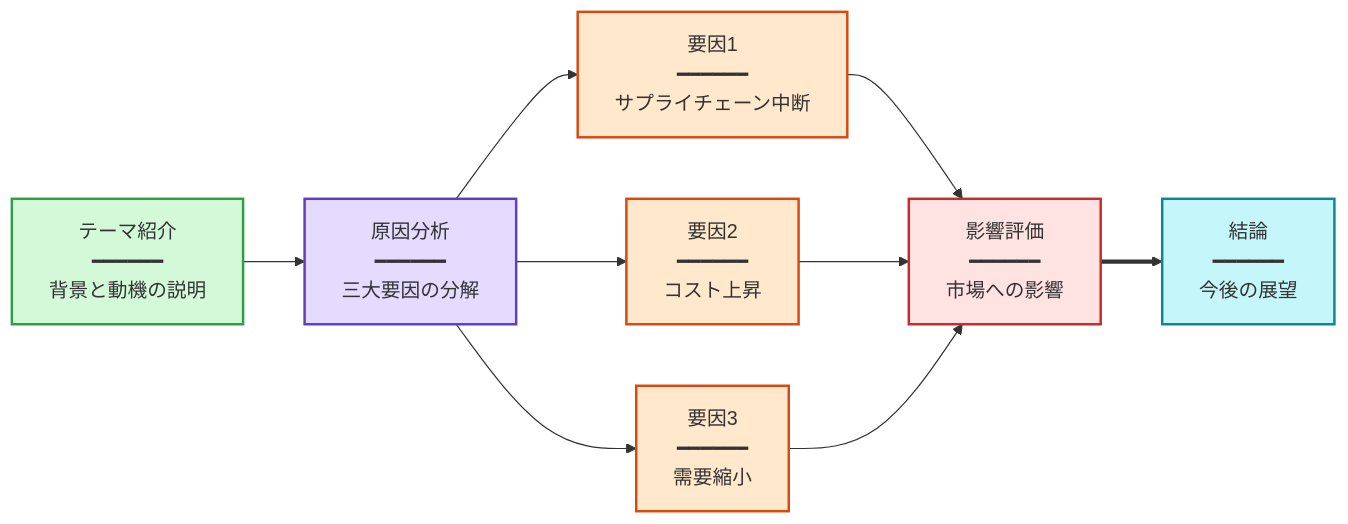
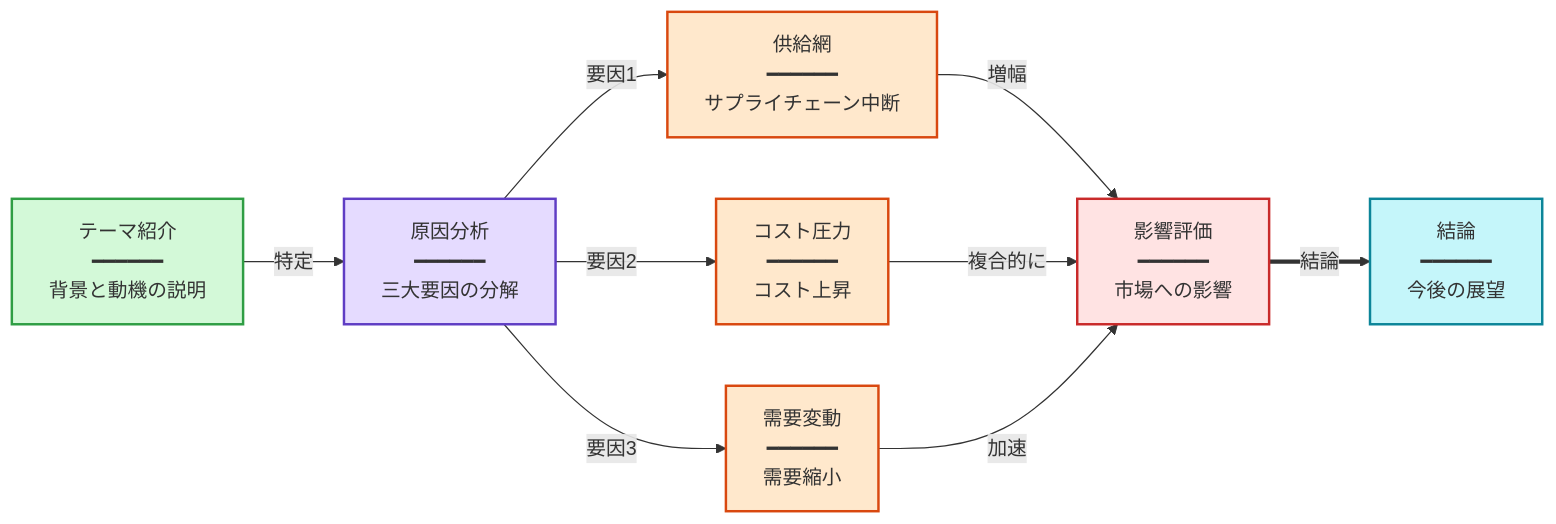
One commit to kouko/youtube-summarize-scraper changed the first of 2 diagrams in prompts/builtin/mermaid-ja.md. Above: the diagram before and after it, drawn with Mermaid. The commit also changed other lines of this file and 25 other files, not shown here.

First line of the commit message:
feat: LLM fallback chain, upload date fix, and mermaid improvements (#31)

````diff
--- a/prompts/builtin/mermaid-ja.md
+++ b/prompts/builtin/mermaid-ja.md
@@ -40,18 +40,18 @@
 ```mermaid
 graph LR
-A["テーマ紹介<br/>━━━━━━<br/>背景と動機の説明"] --> B["原因分析<br/>━━━━━━<br/>三大要因の分解"]
-B --> C["要因1<br/>━━━━━━<br/>サプライチェーン中断"]
-B --> D["要因2<br/>━━━━━━<br/>コスト上昇"]
-B --> E["要因3<br/>━━━━━━<br/>需要縮小"]
-C --> F["影響評価<br/>━━━━━━<br/>市場への影響"]
-D --> F
-E --> F
-F ==> G["結論<br/>━━━━━━<br/>今後の展望"]
+A["テーマ紹介<br/>━━━━━━<br/>背景と動機の説明"] -->|特定| B["原因分析<br/>━━━━━━<br/>三大要因の分解"]
+B -->|要因1| C["供給網<br/>━━━━━━<br/>サプライチェーン中断"]
+B -->|要因2| D["コスト圧力<br/>━━━━━━<br/>コスト上昇"]
+B -->|要因3| E["需要変動<br/>━━━━━━<br/>需要縮小"]
+C -->|増幅| F["影響評価<br/>━━━━━━<br/>市場への影響"]
+D -->|複合的に| F
+E -->|加速| F
+F ==>|結論| G["結論<br/>━━━━━━<br/>今後の展望"]
 style A fill:#d3f9d8,stroke:#2f9e44,stroke-width:2px
 style B fill:#e5dbff,stroke:#5f3dc4,stroke-width:2px
 style C fill:#ffe8cc,stroke:#d9480f,stroke-width:2px
 style D fill:#ffe8cc,stroke:#d9480f,stroke-width:2px
 style E fill:#ffe8cc,stroke:#d9480f,stroke-width:2px
 style F fill:#ffe3e3,stroke:#c92a2a,stroke-width:2px
 style G fill:#c5f6fa,stroke:#0c8599,stroke-width:2px
 ```
````
